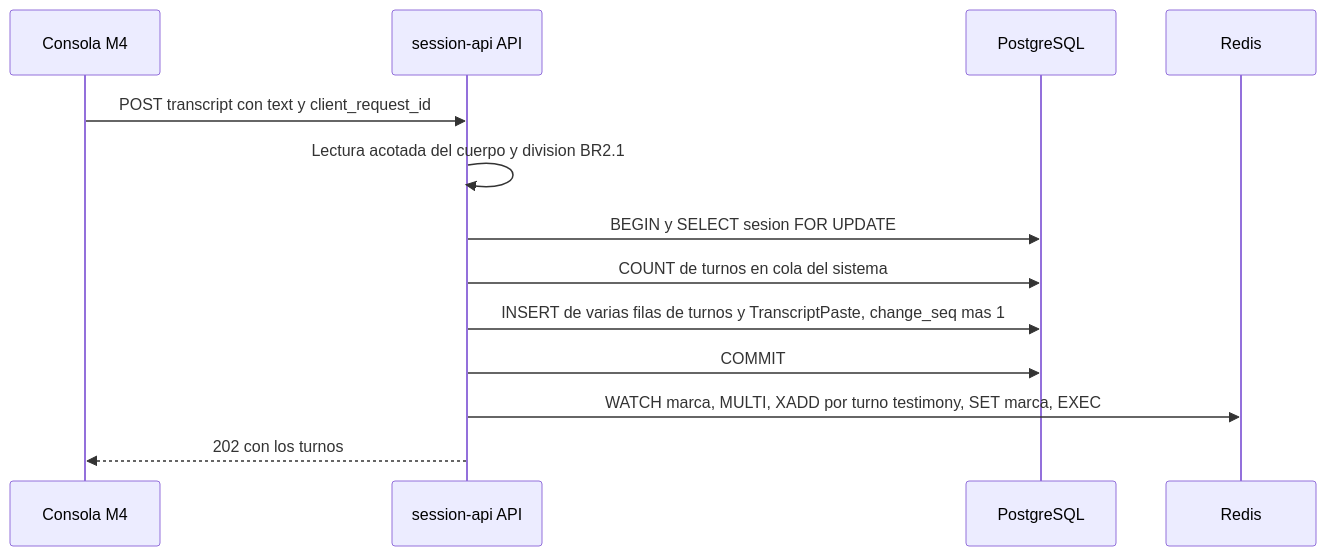
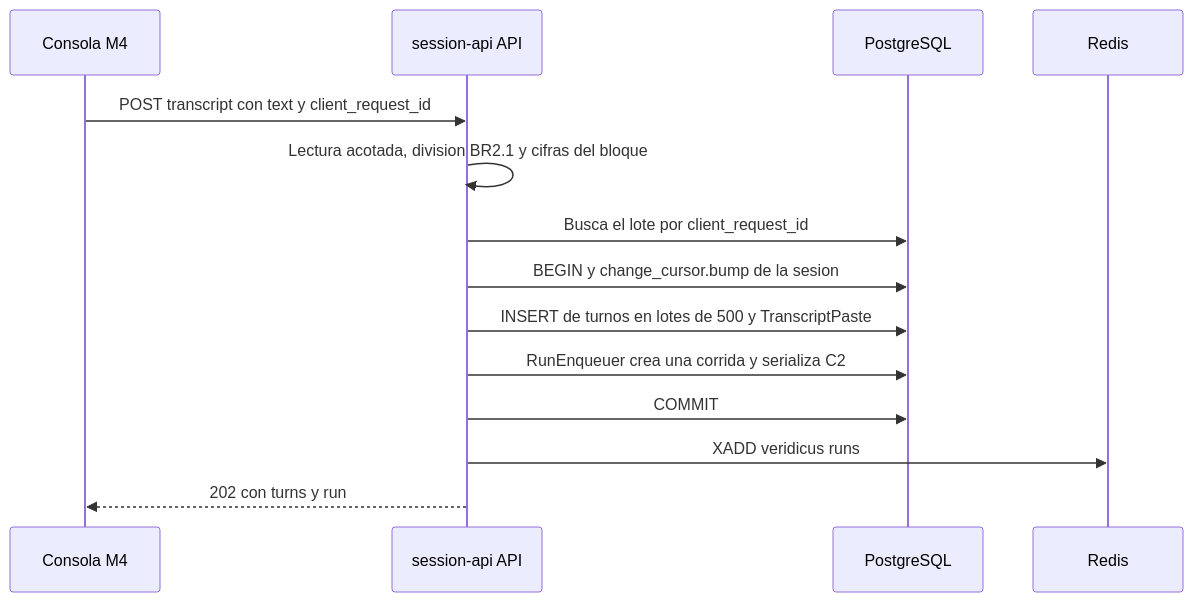
One commit to freyesJaveriana/tai changed the diagram in aidlc/spaces/default/intents/261002-veridicus-mvp/construction/session-lifecycle/nfr-design/performance-design.md. Above: the diagram before and after it, drawn with Mermaid. The commit also changed other lines of this file and 10 other files, not shown here.

````diff
--- a/aidlc/spaces/default/intents/261002-veridicus-mvp/construction/session-lifecycle/nfr-design/performance-design.md
+++ b/aidlc/spaces/default/intents/261002-veridicus-mvp/construction/session-lifecycle/nfr-design/performance-design.md
@@ -17,15 +26,16 @@
 ```mermaid
 sequenceDiagram
   participant C as Consola M4
   participant A as session-api API
   participant P as PostgreSQL
   participant R as Redis
   C->>A: POST transcript con text y client_request_id
-  A->>A: Lectura acotada del cuerpo y division BR2.1
-  A->>P: BEGIN y SELECT sesion FOR UPDATE
-  A->>P: COUNT de turnos en cola del sistema
-  A->>P: INSERT de varias filas de turnos y TranscriptPaste, change_seq mas 1
+  A->>A: Lectura acotada, division BR2.1 y cifras del bloque
+  A->>P: Busca el lote por client_request_id
+  A->>P: BEGIN y change_cursor.bump de la sesion
+  A->>P: INSERT de turnos en lotes de 500 y TranscriptPaste
+  A->>P: RunEnqueuer crea una corrida y serializa C2
   A->>P: COMMIT
-  A->>R: WATCH marca, MULTI, XADD por turno testimony, SET marca, EXEC
-  A-->>C: 202 con los turnos
+  A->>R: XADD veridicus runs
+  A-->>C: 202 con turns y run
 ```
````
